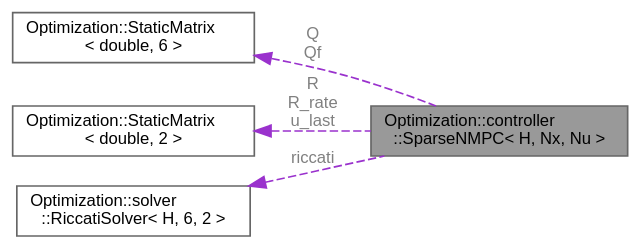
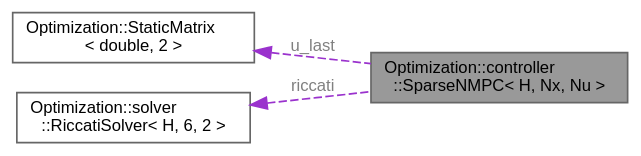
One commit to jswoo0615/Algorithms_for_Optimization_cpp changed the diagram in classOptimization_1_1controller_1_1SparseNMPC__coll__graph.dot. Above: the diagram before and after it, drawn with Graphviz. The commit also changed 128 other files, not shown here.

```diff
--- a/classOptimization_1_1controller_1_1SparseNMPC__coll__graph.dot
+++ b/classOptimization_1_1controller_1_1SparseNMPC__coll__graph.dot
@@ -1,15 +1,13 @@
 digraph "Optimization::controller::SparseNMPC&lt; H, Nx, Nu &gt;"
 {
  // LATEX_PDF_SIZE
   bgcolor="transparent";
   edge [fontname=Helvetica,fontsize=10,labelfontname=Helvetica,labelfontsize=10];
   node [fontname=Helvetica,fontsize=10,shape=box,height=0.2,width=0.4];
   rankdir="LR";
   Node1 [id="Node000001",label="Optimization::controller\l::SparseNMPC\< H, Nx, Nu \>",height=0.2,width=0.4,color="gray40", fillcolor="grey60", style="filled", fontcolor="black",tooltip=" "];
-  Node2 -> Node1 [id="edge1_Node000001_Node000002",dir="back",color="darkorchid3",style="dashed",tooltip=" ",label=" Q\nQf",fontcolor="grey" ];
-  Node2 [id="Node000002",label="Optimization::StaticMatrix\l\< double, 6 \>",height=0.2,width=0.4,color="gray40", fillcolor="white", style="filled",URL="$classOptimization_1_1StaticMatrix.html",tooltip=" "];
-  Node3 -> Node1 [id="edge2_Node000001_Node000003",dir="back",color="darkorchid3",style="dashed",tooltip=" ",label=" R\nR_rate\nu_last",fontcolor="grey" ];
-  Node3 [id="Node000003",label="Optimization::StaticMatrix\l\< double, 2 \>",height=0.2,width=0.4,color="gray40", fillcolor="white", style="filled",URL="$classOptimization_1_1StaticMatrix.html",tooltip=" "];
-  Node4 -> Node1 [id="edge3_Node000001_Node000004",dir="back",color="darkorchid3",style="dashed",tooltip=" ",label=" riccati",fontcolor="grey" ];
-  Node4 [id="Node000004",label="Optimization::solver\l::RiccatiSolver\< H, 6, 2 \>",height=0.2,width=0.4,color="gray40", fillcolor="white", style="filled",URL="$structOptimization_1_1solver_1_1RiccatiSolver.html",tooltip=" "];
+  Node2 -> Node1 [id="edge1_Node000001_Node000002",dir="back",color="darkorchid3",style="dashed",tooltip=" ",label=" u_last",fontcolor="grey" ];
+  Node2 [id="Node000002",label="Optimization::StaticMatrix\l\< double, 2 \>",height=0.2,width=0.4,color="gray40", fillcolor="white", style="filled",URL="$classOptimization_1_1StaticMatrix.html",tooltip=" "];
+  Node3 -> Node1 [id="edge2_Node000001_Node000003",dir="back",color="darkorchid3",style="dashed",tooltip=" ",label=" riccati",fontcolor="grey" ];
+  Node3 [id="Node000003",label="Optimization::solver\l::RiccatiSolver\< H, 6, 2 \>",height=0.2,width=0.4,color="gray40", fillcolor="white", style="filled",URL="$structOptimization_1_1solver_1_1RiccatiSolver.html",tooltip=" "];
 }
```
